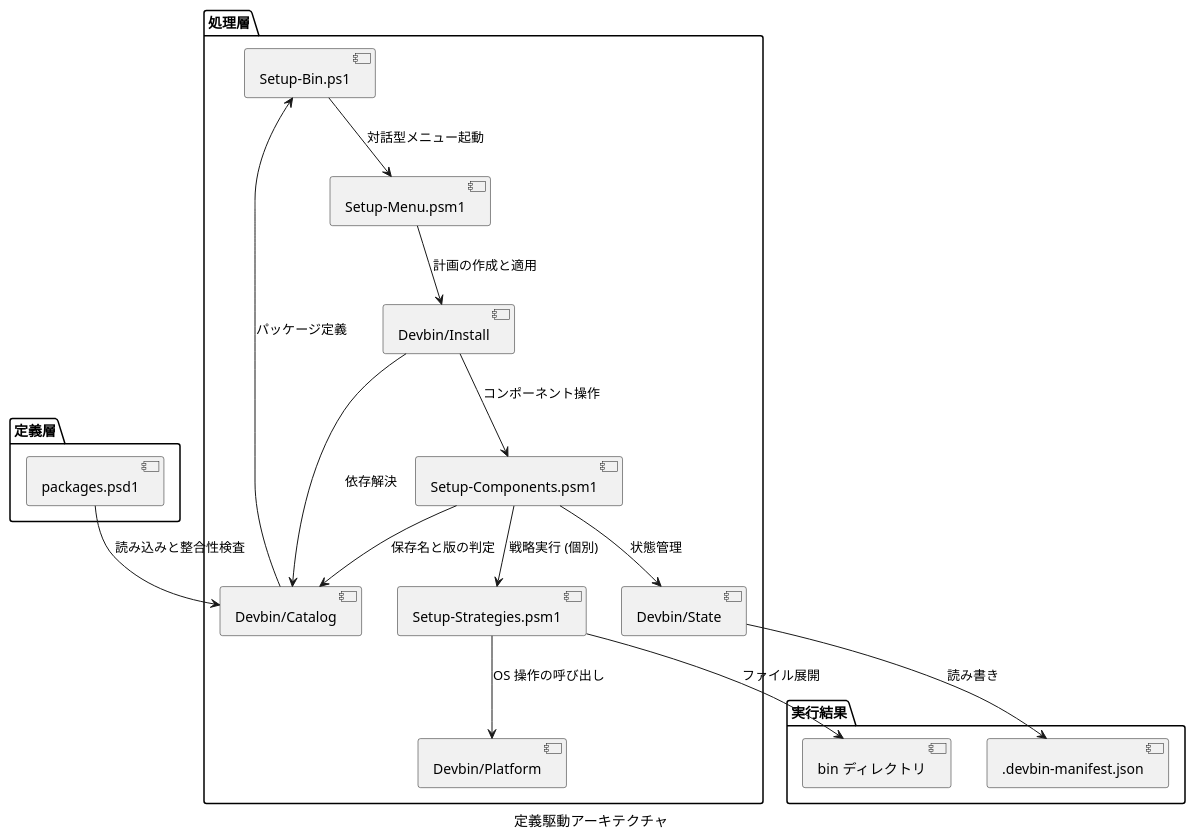
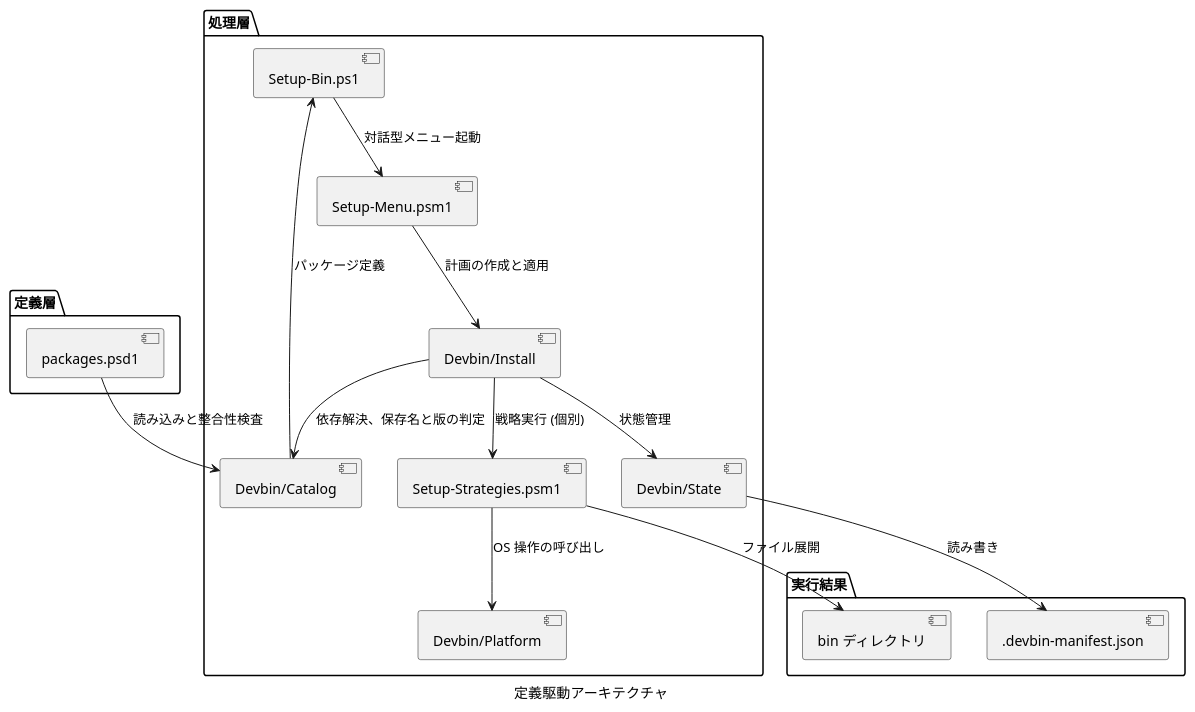
One commit to Hondarer/devbin-win changed the first of 2 diagrams in docs/setup-bin-design.md. Above: the diagram before and after it, drawn with PlantUML. The commit also changed other lines of this file and 16 other files, not shown here.

````diff
--- a/docs/setup-bin-design.md
+++ b/docs/setup-bin-design.md
@@ -36,37 +35,34 @@
 ```plantuml
 @startuml 定義駆動アーキテクチャ
 caption 定義駆動アーキテクチャ
 package "定義層" {
   [packages.psd1] as config
 }
 
 package "処理層" {
   [Setup-Bin.ps1] as main
   [Setup-Strategies.psm1] as strategies
   [Devbin/Platform] as platform
   [Devbin/Catalog] as catalog
   [Devbin/State] as state
   [Devbin/Install] as plan
-  [Setup-Components.psm1] as components
   [Setup-Menu.psm1] as menu
 }
 
 package "実行結果" {
   [bin ディレクトリ] as bin
   [.devbin-manifest.json] as mfile
 }
 
 config --> catalog : 読み込みと整合性検査
 catalog --> main : パッケージ定義
 main --> menu : 対話型メニュー起動
 menu --> plan : 計画の作成と適用
-plan --> components : コンポーネント操作
-plan --> catalog : 依存解決
-components --> catalog : 保存名と版の判定
-components --> strategies : 戦略実行 (個別)
-components --> state : 状態管理
+plan --> catalog : 依存解決、保存名と版の判定
+plan --> strategies : 戦略実行 (個別)
+plan --> state : 状態管理
 strategies --> platform : OS 操作の呼び出し
 strategies --> bin : ファイル展開
 state --> mfile : 読み書き
 @enduml
 ```
````
